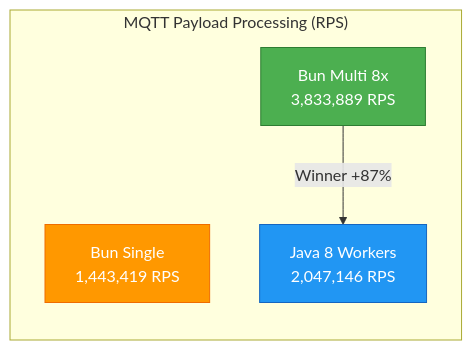
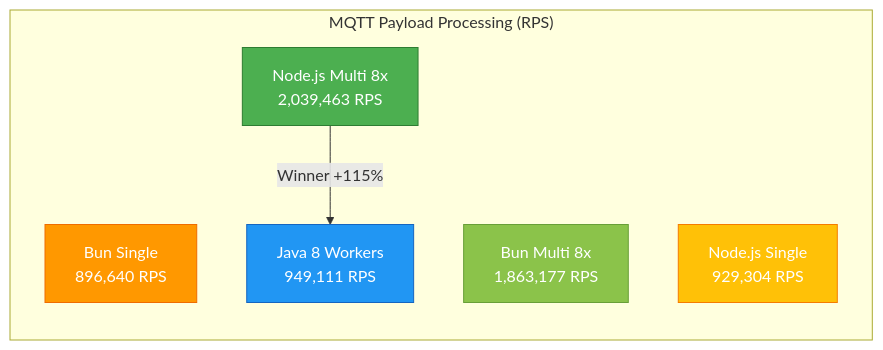
Before and after one commit to Frtrillo/benchmark-nodejs-java-process-mqtt-payloads: the first of 5 diagrams in readme.md, drawn with Mermaid. The commit also changed other lines of this file and 1 other file, not shown here.

Commit message:
mejora benchmark añadido node tmb

````diff
--- a/readme.md
+++ b/readme.md
@@ -147,14 +149,18 @@
 ```mermaid
 graph LR
     subgraph "MQTT Payload Processing (RPS)"
-        A[Bun Single<br/>1,443,419 RPS] 
-        B[Bun Multi 8x<br/>3,833,889 RPS]
-        C[Java 8 Workers<br/>2,047,146 RPS]
+        A[Bun Single<br/>896,640 RPS] 
+        B[Bun Multi 8x<br/>1,863,177 RPS]
+        C[Node.js Single<br/>929,304 RPS]
+        D[Node.js Multi 8x<br/>2,039,463 RPS]
+        E[Java 8 Workers<br/>949,111 RPS]
     end
     
-    B --> |Winner +87%| C
+    D --> |Winner +115%| E
     
-    style B fill:#4CAF50,stroke:#2E7D32,color:#fff
-    style C fill:#2196F3,stroke:#1565C0,color:#fff
+    style D fill:#4CAF50,stroke:#2E7D32,color:#fff
+    style B fill:#8BC34A,stroke:#689F38,color:#fff
+    style E fill:#2196F3,stroke:#1565C0,color:#fff
     style A fill:#FF9800,stroke:#EF6C00,color:#fff
+    style C fill:#FFC107,stroke:#F57C00,color:#fff
 ```
````
